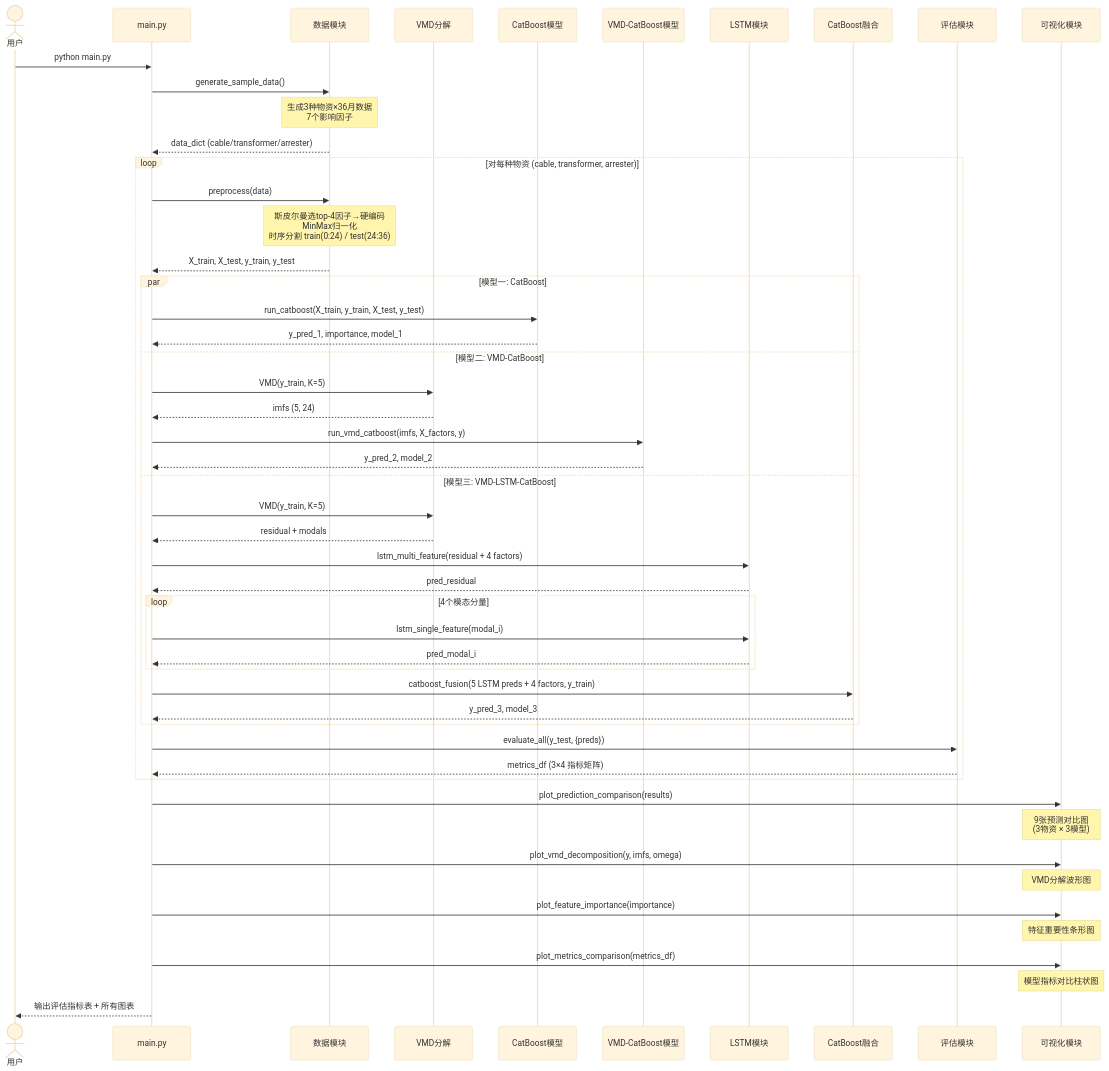
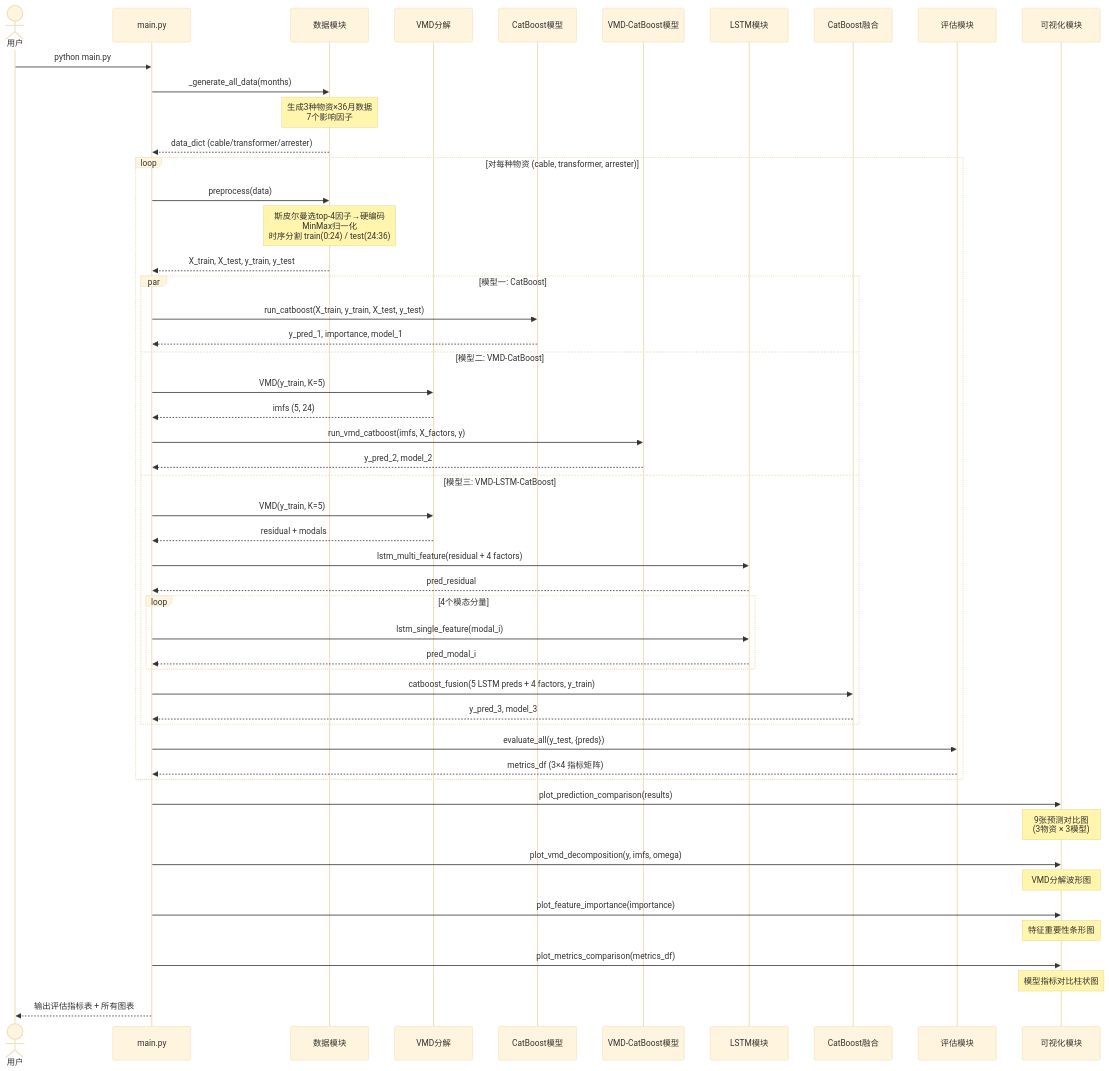
One commit to lilacseeking/vmd-catboost changed the third of 3 diagrams in TECHNICAL_DESIGN.md. Above: the diagram before and after it, drawn with Mermaid (base theme). The commit also changed other lines of this file and 1 other file, not shown here.

````diff
--- a/TECHNICAL_DESIGN.md
+++ b/TECHNICAL_DESIGN.md
@@ -315,60 +388,60 @@
 ```mermaid
 sequenceDiagram
     actor User as 用户
     participant MAIN as main.py
     participant DATA as 数据模块
     participant VMD as VMD分解
     participant M1 as CatBoost模型
     participant M2 as VMD-CatBoost模型
     participant M3_LSTM as LSTM模块
     participant M3_CB as CatBoost融合
     participant EVAL as 评估模块
     participant PLOT as 可视化模块
 
     User->>MAIN: python main.py
 
-    MAIN->>DATA: generate_sample_data()
+    MAIN->>DATA: _generate_all_data(months)
     Note over DATA: 生成3种物资×36月数据<br/>7个影响因子
     DATA-->>MAIN: data_dict (cable/transformer/arrester)
 
     loop 对每种物资 (cable, transformer, arrester)
         MAIN->>DATA: preprocess(data)
         Note over DATA: 斯皮尔曼选top-4因子→硬编码<br/>MinMax归一化<br/>时序分割 train(0:24) / test(24:36)
         DATA-->>MAIN: X_train, X_test, y_train, y_test
 
         par 模型一: CatBoost
             MAIN->>M1: run_catboost(X_train, y_train, X_test, y_test)
             M1-->>MAIN: y_pred_1, importance, model_1
         and 模型二: VMD-CatBoost
             MAIN->>VMD: VMD(y_train, K=5)
             VMD-->>MAIN: imfs (5, 24)
             MAIN->>M2: run_vmd_catboost(imfs, X_factors, y)
             M2-->>MAIN: y_pred_2, model_2
         and 模型三: VMD-LSTM-CatBoost
             MAIN->>VMD: VMD(y_train, K=5)
             VMD-->>MAIN: residual + modals
             MAIN->>M3_LSTM: lstm_multi_feature(residual + 4 factors)
             M3_LSTM-->>MAIN: pred_residual
             loop 4个模态分量
                 MAIN->>M3_LSTM: lstm_single_feature(modal_i)
                 M3_LSTM-->>MAIN: pred_modal_i
             end
             MAIN->>M3_CB: catboost_fusion(5 LSTM preds + 4 factors, y_train)
             M3_CB-->>MAIN: y_pred_3, model_3
         end
 
         MAIN->>EVAL: evaluate_all(y_test, {preds})
         EVAL-->>MAIN: metrics_df (3×4 指标矩阵)
     end
 
     MAIN->>PLOT: plot_prediction_comparison(results)
     Note over PLOT: 9张预测对比图<br/>(3物资 × 3模型)
     MAIN->>PLOT: plot_vmd_decomposition(y, imfs, omega)
     Note over PLOT: VMD分解波形图
     MAIN->>PLOT: plot_feature_importance(importance)
     Note over PLOT: 特征重要性条形图
     MAIN->>PLOT: plot_metrics_comparison(metrics_df)
     Note over PLOT: 模型指标对比柱状图
 
     MAIN-->>User: 输出评估指标表 + 所有图表
 ```
````
